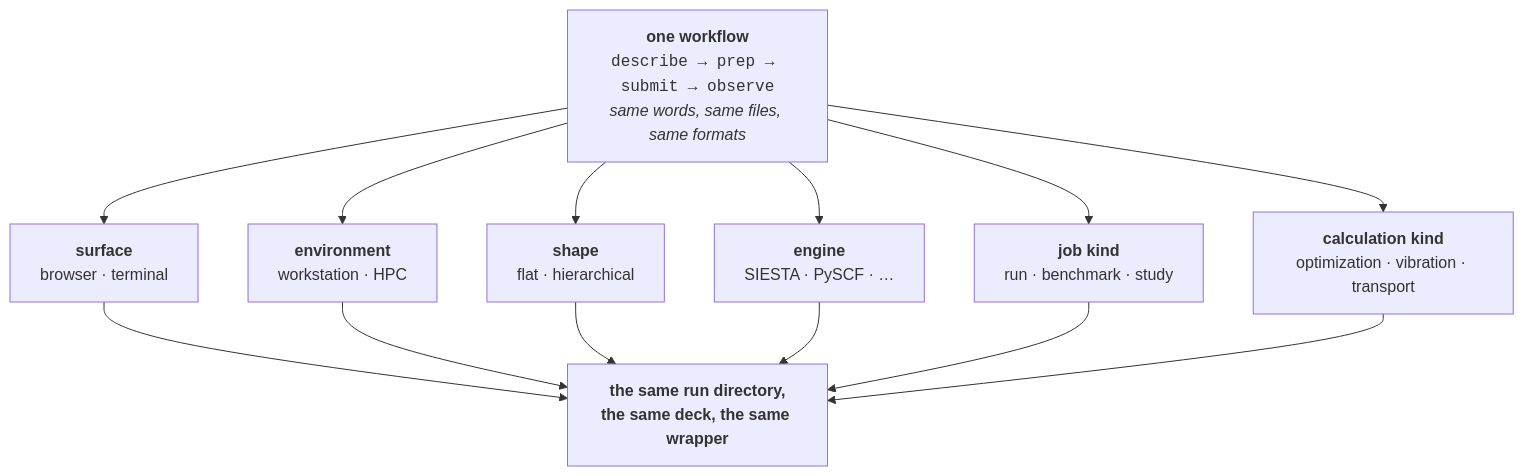
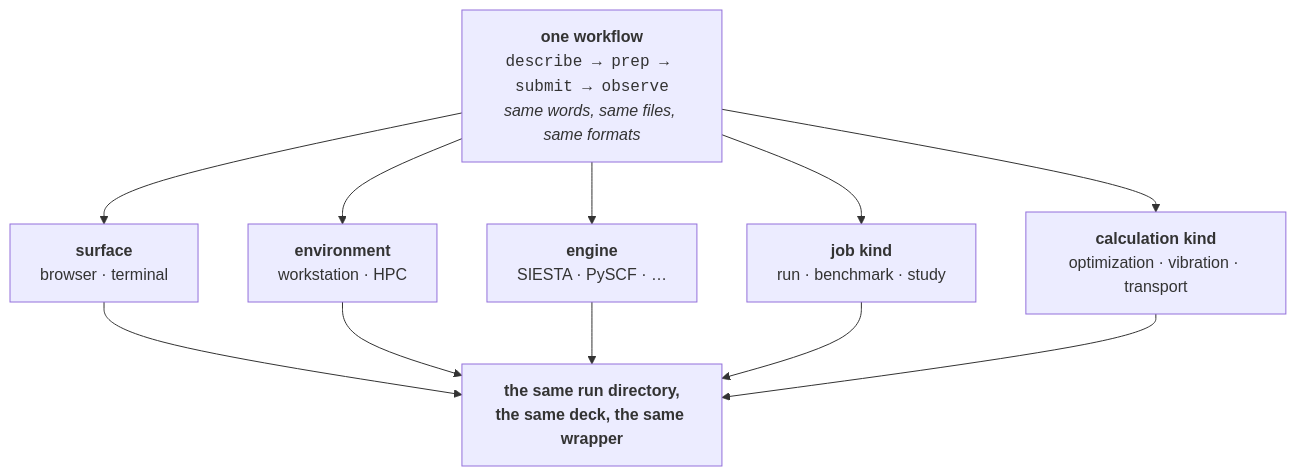
Before and after one commit to Qing-LAB/molbuilder: the first of 10 diagrams in docs/execution/architecture.md, drawn with Mermaid. The commit also changed other lines of this file and 193 other files, not shown here.

````diff
--- a/docs/execution/architecture.md
+++ b/docs/execution/architecture.md
@@ -34,16 +34,14 @@
 ```mermaid
 flowchart TB
     W["<b>one workflow</b><br/><code>describe → prep → submit → observe</code><br/><i>same words, same files, same formats</i>"]
     W --> A1["<b>surface</b><br/>browser · terminal"]
     W --> A2["<b>environment</b><br/>workstation · HPC"]
-    W --> A3["<b>shape</b><br/>flat · hierarchical"]
     W --> A4["<b>engine</b><br/>SIESTA · PySCF · …"]
     W --> A5["<b>job kind</b><br/>run · benchmark · study"]
     W --> A6["<b>calculation kind</b><br/>optimization · vibration · transport"]
     A1 --> R["<b>the same run directory,<br/>the same deck, the same wrapper</b>"]
     A2 --> R
-    A3 --> R
     A4 --> R
     A5 --> R
     A6 --> R
 ```
````
